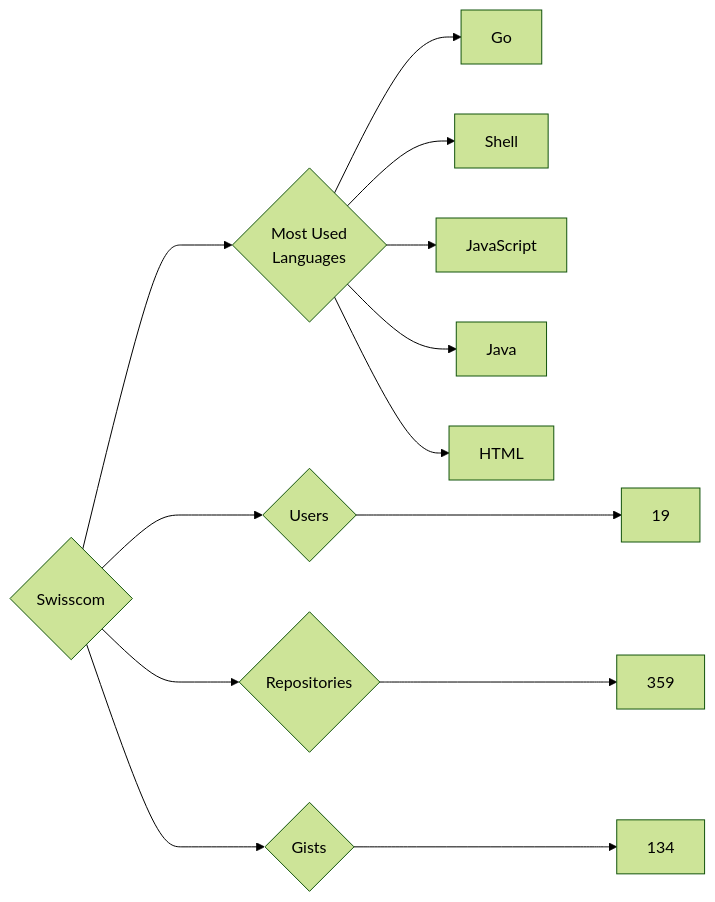
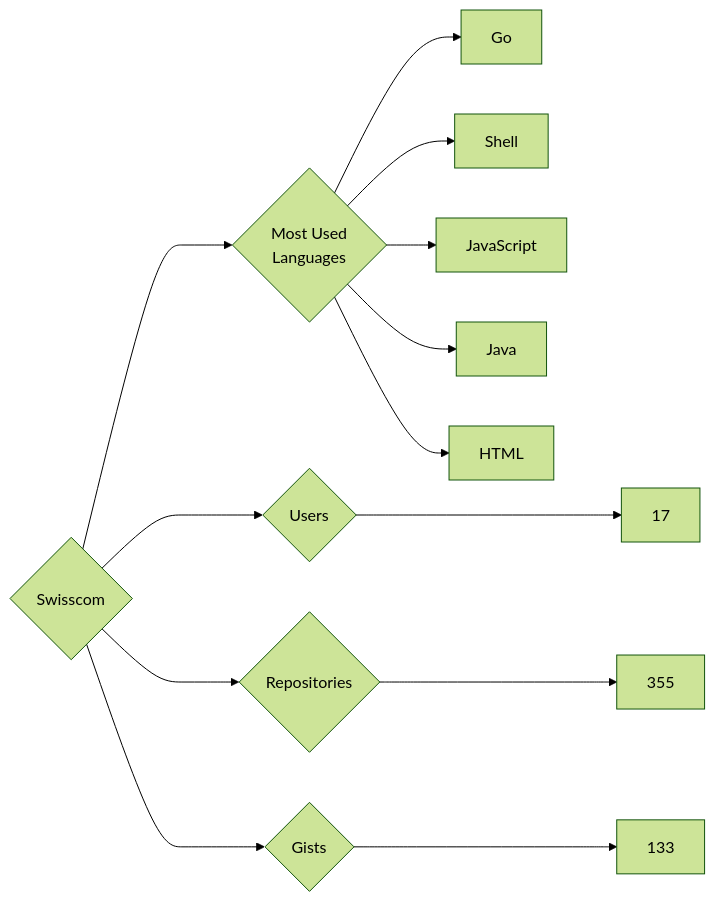
One commit to trickest/insiders changed the diagram in targets/Swisscom/README.md. Above: the diagram before and after it, drawn with Mermaid (forest theme). The commit also changed 677 other files, not shown here.

````diff
--- a/targets/Swisscom/README.md
+++ b/targets/Swisscom/README.md
@@ -3,13 +3,13 @@
 ```mermaid
 graph LR
 COMPANY_NAME{Swisscom}
-COMPANY_NAME ---> U{Users} ---> UN[19]
-COMPANY_NAME ---> R{Repositories} ---> RN[359]
-COMPANY_NAME ---> G{Gists} ---> GN[134]
+COMPANY_NAME ---> U{Users} ---> UN[17]
+COMPANY_NAME ---> R{Repositories} ---> RN[355]
+COMPANY_NAME ---> G{Gists} ---> GN[133]
 COMPANY_NAME ---> ML{Most Used<br>Languages}
 ML --> Go[Go]
 ML --> Shell[Shell]
 ML --> JavaScript[JavaScript]
 ML --> Java[Java]
 ML --> HTML[HTML]
 ```
````
